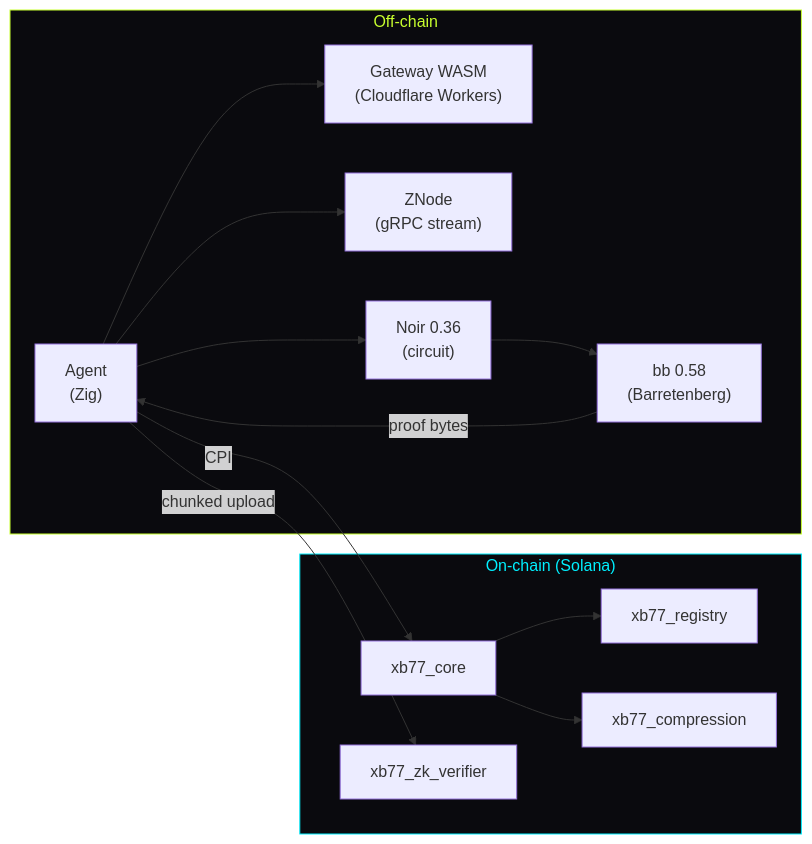
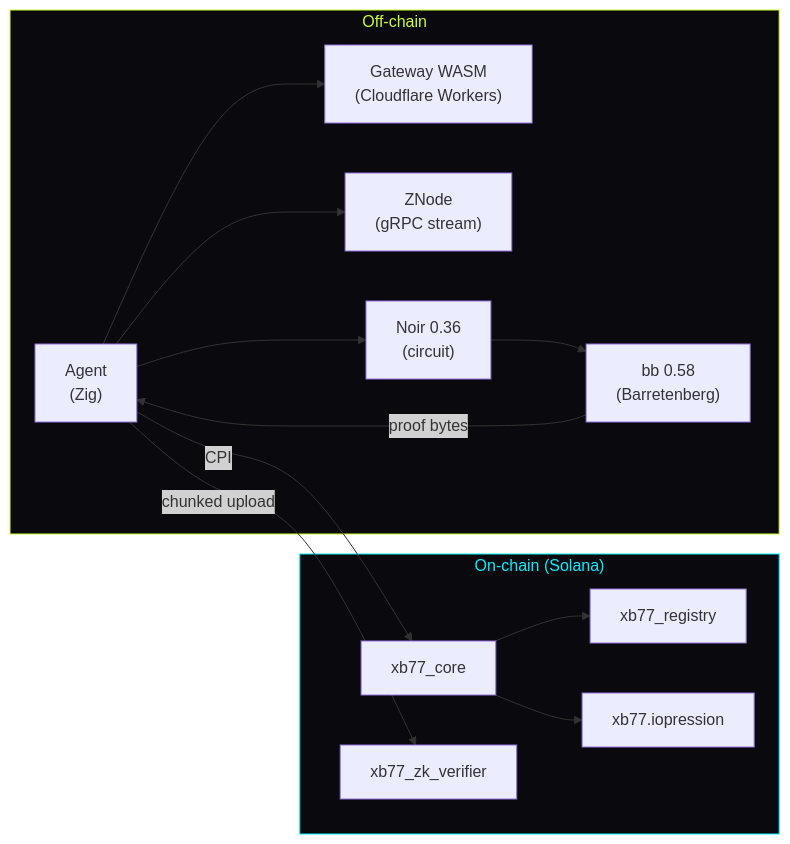
One commit to 8ctag0n/xB77 changed the fourth of 4 diagrams in docs/architecture.md. Above: the diagram before and after it, drawn with Mermaid. The commit also changed other lines of this file and 52 other files, not shown here.

````diff
--- a/docs/architecture.md
+++ b/docs/architecture.md
@@ -166,30 +166,30 @@
 ```mermaid
 graph LR
     subgraph Offchain["Off-chain"]
         AG["Agent\n(Zig)"]
         GW["Gateway WASM\n(Cloudflare Workers)"]
         ZN["ZNode\n(gRPC stream)"]
         BB2["bb 0.58\n(Barretenberg)"]
         NO["Noir 0.36\n(circuit)"]
     end
 
     subgraph Onchain["On-chain (Solana)"]
         CORE["xb77_core"]
         VF2["xb77_zk_verifier"]
         REG["xb77_registry"]
-        COMP["xb77_compression"]
+        COMP["xb77.iopression"]
     end
 
     AG --> GW
     AG --> ZN
     AG --> NO
     NO --> BB2
     BB2 -->|"proof bytes"| AG
     AG -->|"chunked upload"| VF2
     AG -->|"CPI"| CORE
     CORE --> COMP
     CORE --> REG
 
     style Offchain fill:#0a0a0e,stroke:#c8ff2e,color:#c8ff2e
     style Onchain fill:#0a0a0e,stroke:#00f0ff,color:#00f0ff
 ```
````
